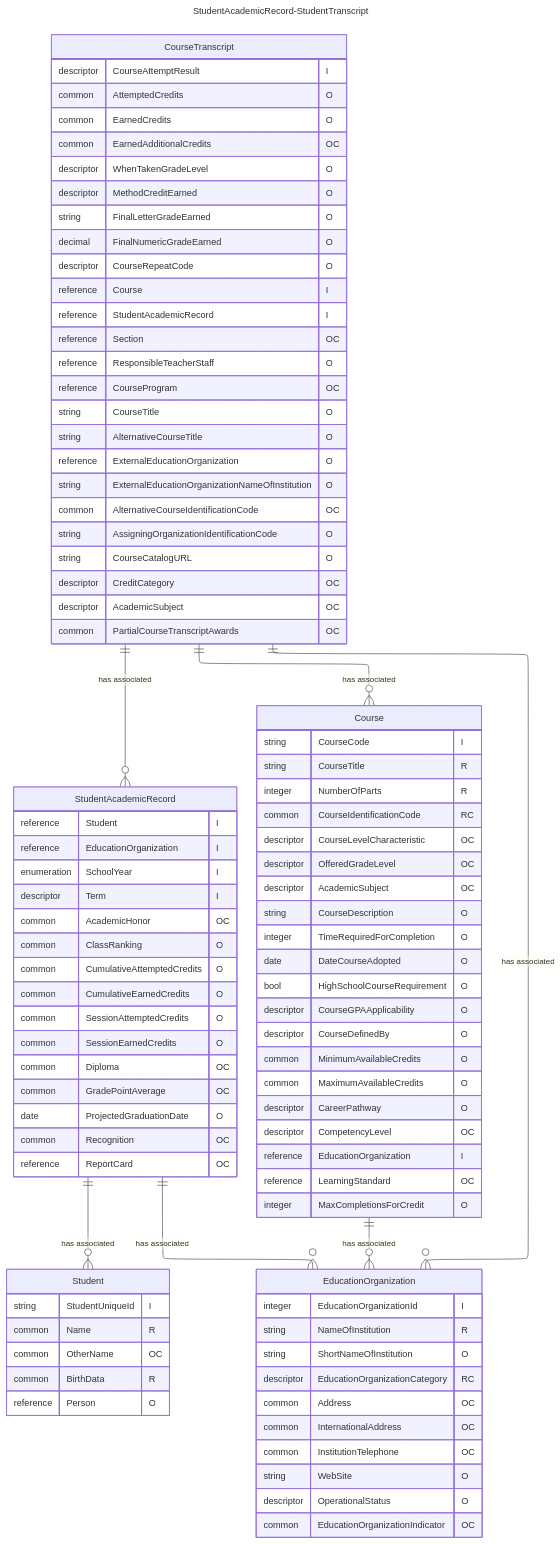
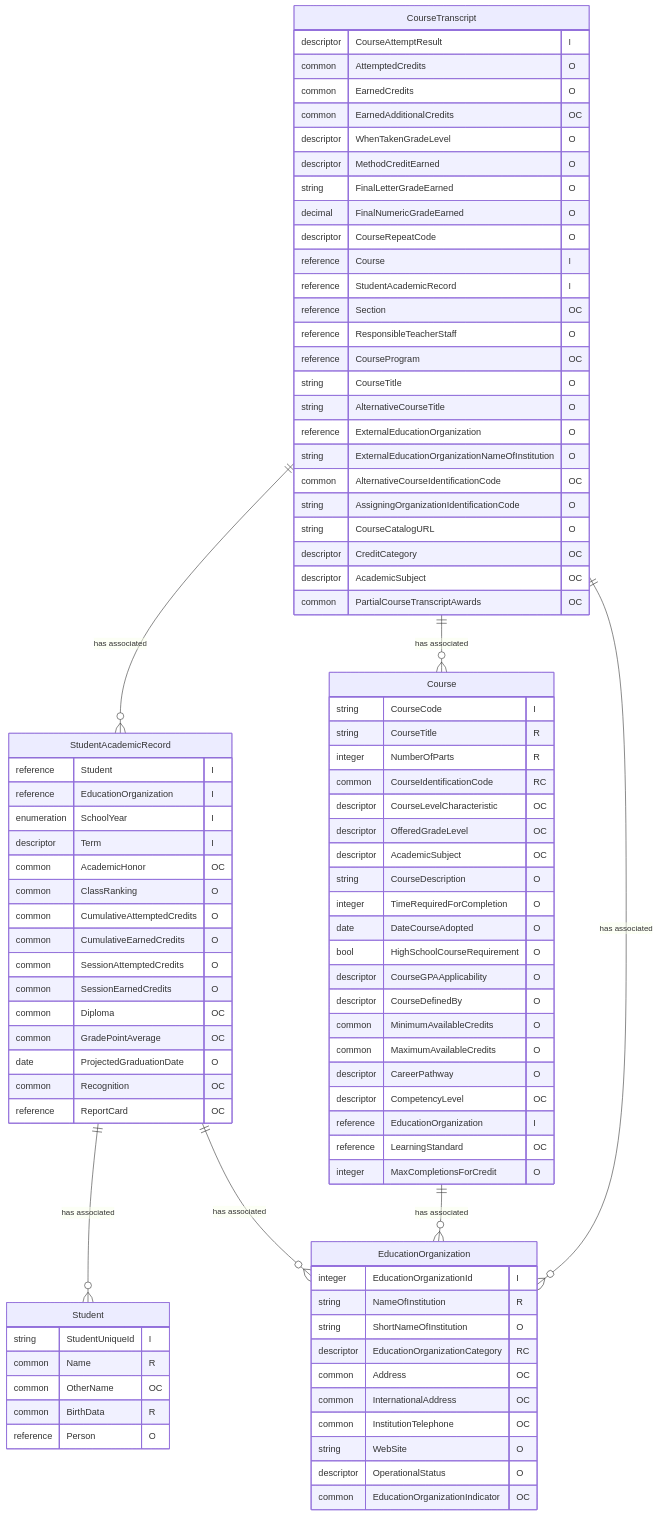
The diagram in dataStandard_versioned_docs/version-6/model-reference/student-academic-record-domain/StudentAcademicRecord-StudentTranscript.mmd (Ed-Fi-Alliance-OSS/ed-fi-alliance-oss.github.io), drawn with Mermaid before and after one commit. The commit also changed 132 other files, not shown here.

```diff
--- a/dataStandard_versioned_docs/version-6/model-reference/student-academic-record-domain/StudentAcademicRecord-StudentTranscript.mmd
+++ b/dataStandard_versioned_docs/version-6/model-reference/student-academic-record-domain/StudentAcademicRecord-StudentTranscript.mmd
@@ -1,96 +1,91 @@
----
-title: StudentAcademicRecord-StudentTranscript
-config:
-  layout: elk
----
 erDiagram
     Student {
         string StudentUniqueId "I"
         common Name "R"
         common OtherName "OC"
         common BirthData "R"
         reference Person "O"
     }
     StudentAcademicRecord {
         reference Student "I"
         reference EducationOrganization "I"
         enumeration SchoolYear "I"
         descriptor Term "I"
         common AcademicHonor "OC"
         common ClassRanking "O"
         common CumulativeAttemptedCredits "O"
         common CumulativeEarnedCredits "O"
         common SessionAttemptedCredits "O"
         common SessionEarnedCredits "O"
         common Diploma "OC"
         common GradePointAverage "OC"
         date ProjectedGraduationDate "O"
         common Recognition "OC"
         reference ReportCard "OC"
     }
     CourseTranscript {
         descriptor CourseAttemptResult "I"
         common AttemptedCredits "O"
         common EarnedCredits "O"
         common EarnedAdditionalCredits "OC"
         descriptor WhenTakenGradeLevel "O"
         descriptor MethodCreditEarned "O"
         string FinalLetterGradeEarned "O"
         decimal FinalNumericGradeEarned "O"
         descriptor CourseRepeatCode "O"
         reference Course "I"
         reference StudentAcademicRecord "I"
         reference Section "OC"
         reference ResponsibleTeacherStaff "O"
         reference CourseProgram "OC"
         string CourseTitle "O"
         string AlternativeCourseTitle "O"
         reference ExternalEducationOrganization "O"
         string ExternalEducationOrganizationNameOfInstitution "O"
         common AlternativeCourseIdentificationCode "OC"
         string AssigningOrganizationIdentificationCode "O"
         string CourseCatalogURL "O"
         descriptor CreditCategory "OC"
         descriptor AcademicSubject "OC"
         common PartialCourseTranscriptAwards "OC"
     }
     Course {
         string CourseCode "I"
         string CourseTitle "R"
         integer NumberOfParts "R"
         common CourseIdentificationCode "RC"
         descriptor CourseLevelCharacteristic "OC"
         descriptor OfferedGradeLevel "OC"
         descriptor AcademicSubject "OC"
         string CourseDescription "O"
         integer TimeRequiredForCompletion "O"
         date DateCourseAdopted "O"
         bool HighSchoolCourseRequirement "O"
         descriptor CourseGPAApplicability "O"
         descriptor CourseDefinedBy "O"
         common MinimumAvailableCredits "O"
         common MaximumAvailableCredits "O"
         descriptor CareerPathway "O"
         descriptor CompetencyLevel "OC"
         reference EducationOrganization "I"
         reference LearningStandard "OC"
         integer MaxCompletionsForCredit "O"
     }
     EducationOrganization {
         integer EducationOrganizationId "I"
         string NameOfInstitution "R"
         string ShortNameOfInstitution "O"
         descriptor EducationOrganizationCategory "RC"
         common Address "OC"
         common InternationalAddress "OC"
         common InstitutionTelephone "OC"
         string WebSite "O"
         descriptor OperationalStatus "O"
         common EducationOrganizationIndicator "OC"
     }
     CourseTranscript ||--o{ StudentAcademicRecord : "has associated"
     CourseTranscript ||--o{ Course : "has associated"
     CourseTranscript ||--o{ EducationOrganization : "has associated"
     StudentAcademicRecord ||--o{ Student : "has associated"
     StudentAcademicRecord ||--o{ EducationOrganization : "has associated"
     Course ||--o{ EducationOrganization : "has associated"
```
